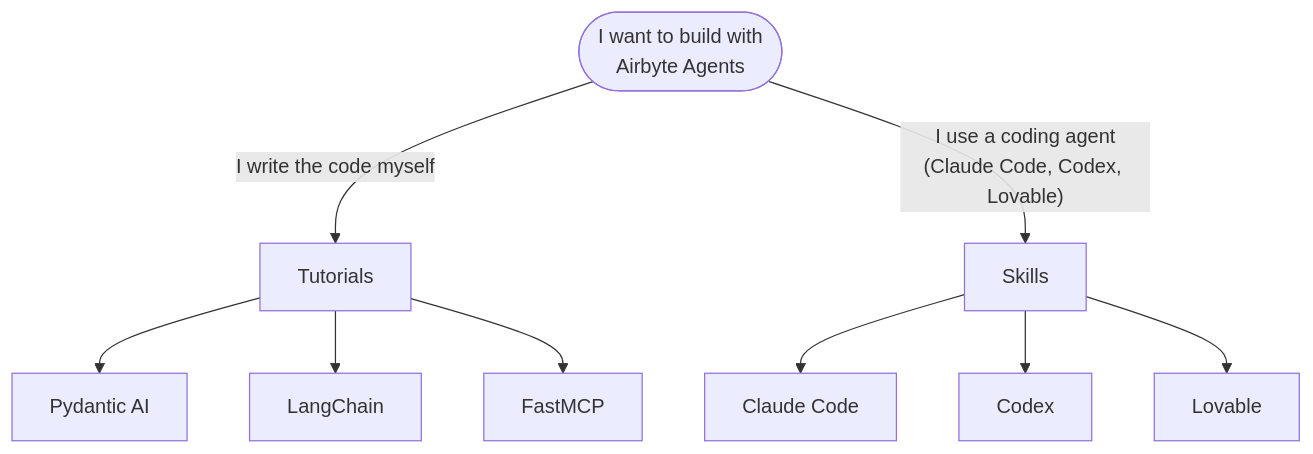
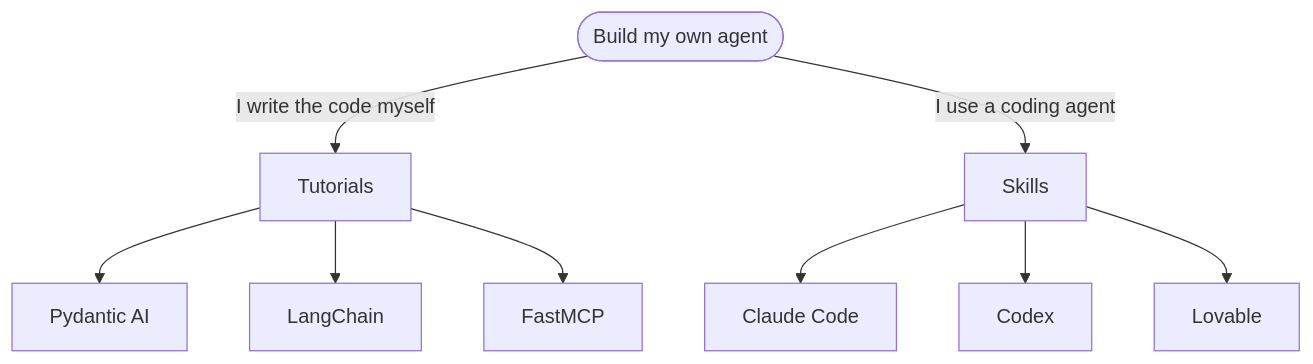
Before and after one commit to airbytehq/airbyte: the diagram in docs/ai-agents/get-started/developer-quickstart/readme.md, drawn with Mermaid. The commit also changed other lines of this file and 3 other files, not shown here.

````diff
--- a/docs/ai-agents/get-started/developer-quickstart/readme.md
+++ b/docs/ai-agents/get-started/developer-quickstart/readme.md
@@ -10,14 +12,14 @@
 ```mermaid
 flowchart TD
-    START(["I want to build with<br/>Airbyte Agents"])
+    START(["Build my own agent"])
     START -->|"I write the code myself"| TUT["Tutorials"]
-    START -->|"I use a coding agent<br/>(Claude Code, Codex, Lovable)"| SKILL["Skills"]
+    START -->|"I use a coding agent"| SKILL["Skills"]
 
     TUT --> T1["Pydantic AI"]
     TUT --> T2["LangChain"]
     TUT --> T3["FastMCP"]
 
     SKILL --> S1["Claude Code"]
     SKILL --> S2["Codex"]
     SKILL --> S3["Lovable"]
 ```
````
